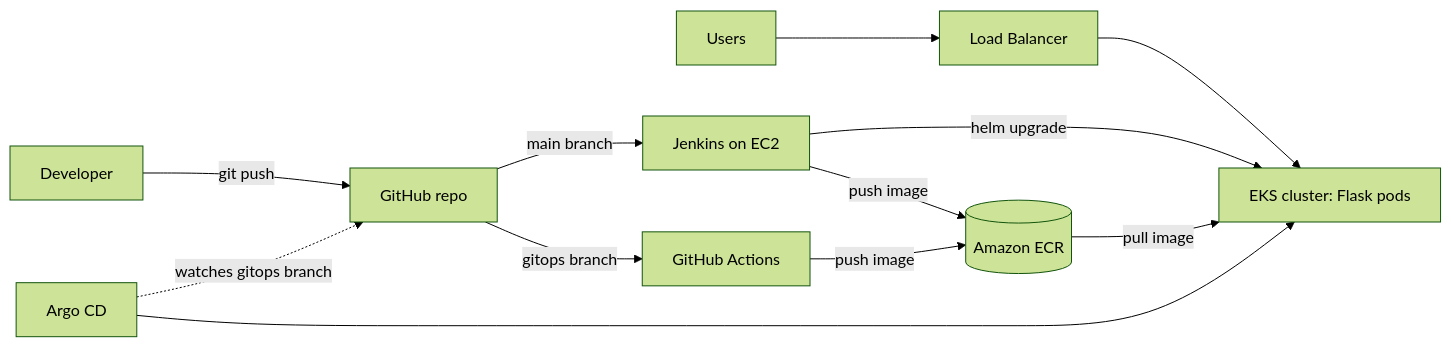
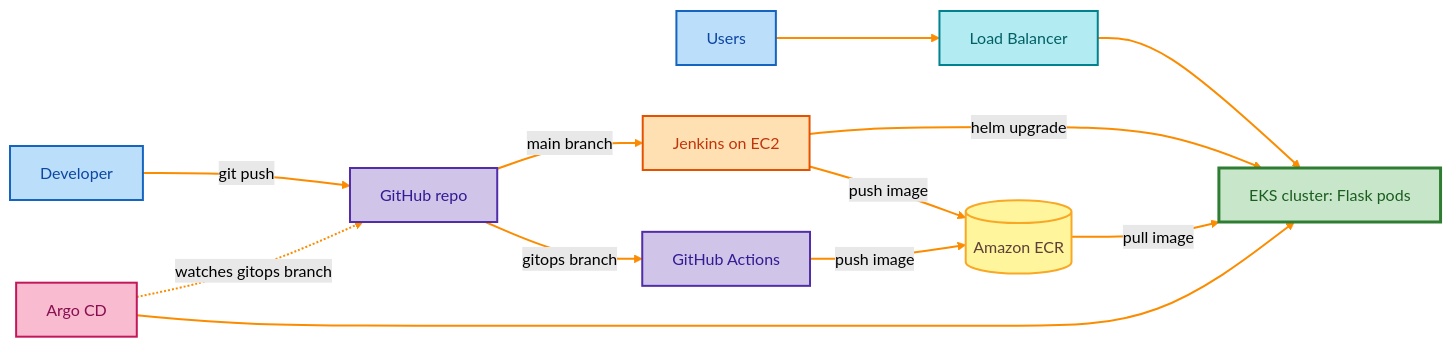
The diagram in README.md (skysamuels-art/EKS-Pipeline-Deployment), drawn with Mermaid (forest theme) before and after one commit.

````diff
--- a/README.md
+++ b/README.md
@@ -5,14 +5,32 @@
 ```mermaid
 flowchart LR
   Dev[Developer] -->|git push| GH[GitHub repo]
   GH -->|main branch| J[Jenkins on EC2]
   GH -->|gitops branch| GA[GitHub Actions]
   J -->|push image| ECR[(Amazon ECR)]
   GA -->|push image| ECR
-  Users --> ALB[Load Balancer]
+  Users[Users] --> ALB[Load Balancer]
   ALB --> EKS[EKS cluster: Flask pods]
   J -->|helm upgrade| EKS
   ECR -->|pull image| EKS
   ARGO[Argo CD] -.->|watches gitops branch| GH
   ARGO --> EKS
+
+  classDef user fill:#BBDEFB,stroke:#1565C0,stroke-width:2px,color:#0D47A1
+  classDef github fill:#D1C4E9,stroke:#512DA8,stroke-width:2px,color:#311B92
+  classDef cicd fill:#FFE0B2,stroke:#E65100,stroke-width:2px,color:#BF360C
+  classDef registry fill:#FFF59D,stroke:#F9A825,stroke-width:2px,color:#5D4037
+  classDef network fill:#B2EBF2,stroke:#00838F,stroke-width:2px,color:#006064
+  classDef cluster fill:#C8E6C9,stroke:#2E7D32,stroke-width:3px,color:#1B5E20
+  classDef gitops fill:#F8BBD0,stroke:#C2185B,stroke-width:2px,color:#880E4F
+
+  class Dev,Users user
+  class GH,GA github
+  class J cicd
+  class ECR registry
+  class ALB network
+  class EKS cluster
+  class ARGO gitops
+
+  linkStyle default stroke:#FB8C00,stroke-width:2px
 ```
````
